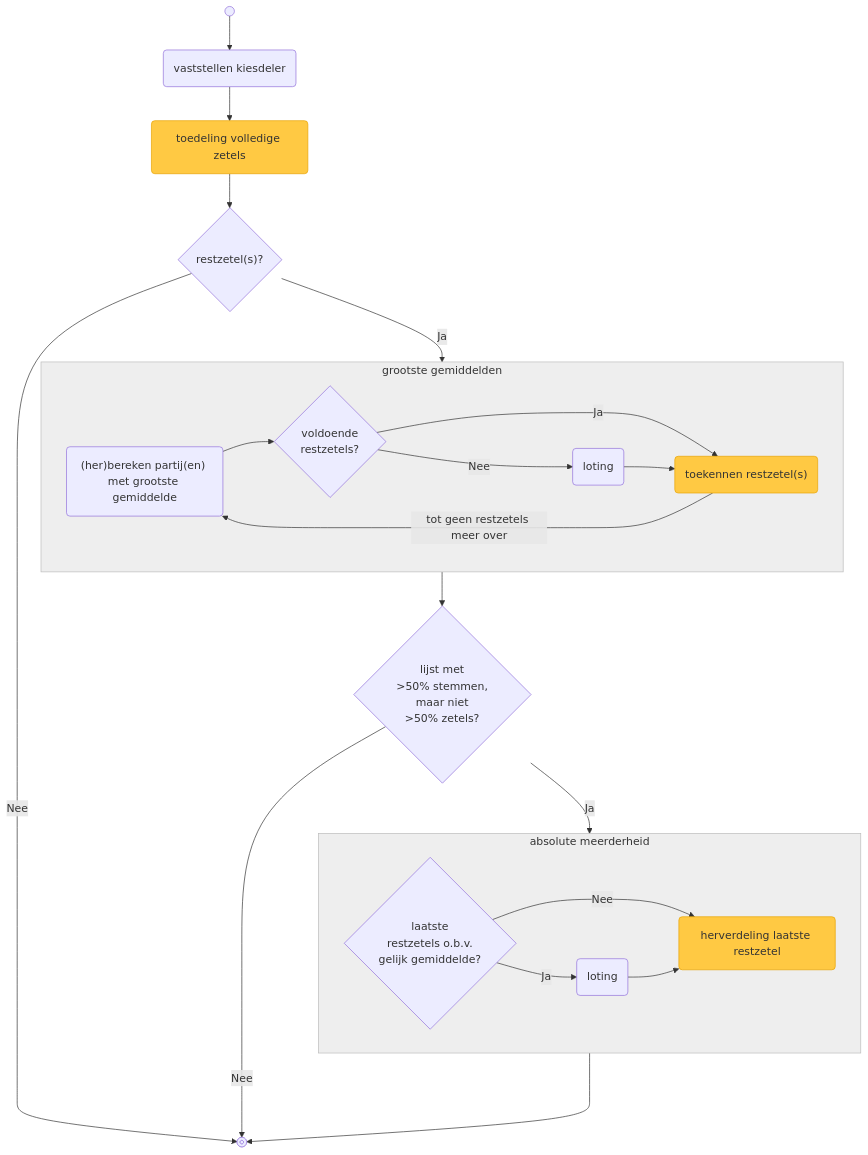
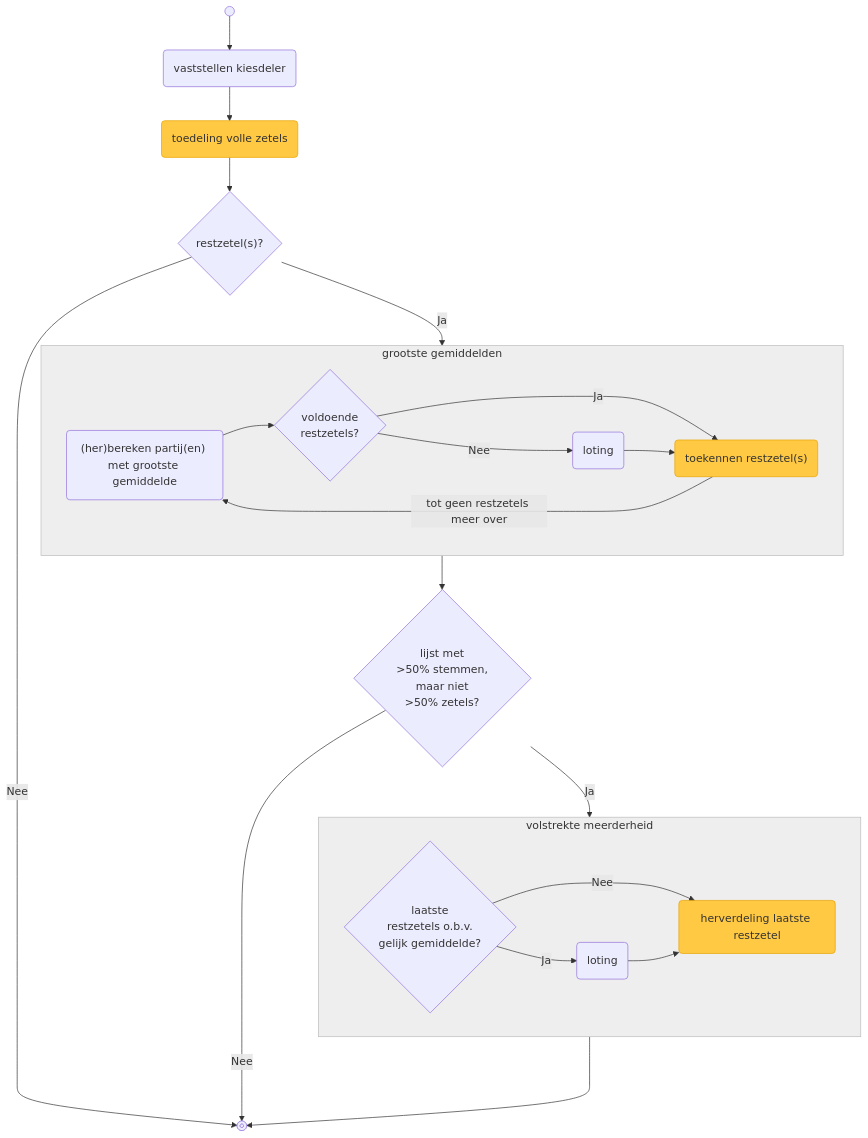
Before and after one commit to kiesraad/abacus-documentatie: the first of 2 diagrams in verkiezingsproces/zetelverdeling-GR-flowchart.md, drawn with Mermaid. The commit also changed other lines of this file, not shown here.

````diff
--- a/verkiezingsproces/zetelverdeling-GR-flowchart.md
+++ b/verkiezingsproces/zetelverdeling-GR-flowchart.md
@@ -10,60 +10,60 @@
 ```Mermaid
 flowchart
     %% styling
     classDef lijstuitputting fill:#ffc943,stroke:#e8a302
     classDef greyFill fill:#eee,stroke:#bbb;
 
     %% elements
     flow_start@{ shape: sm-circ, label: "start" }
     flow_end@{ shape: framed-circle, label: "end" }
 
     vaststellen_kiesdeler(vaststellen kiesdeler)
-    toedeling_volledige_zetels(toedeling volledige zetels)
-    class toedeling_volledige_zetels lijstuitputting
+    toedeling_volle_zetels(toedeling volle zetels)
+    class toedeling_volle_zetels lijstuitputting
 
     restzetels{"restzetel(s)?"}
 
     bereken_partijen_met_grootste_gemiddelde("(her)bereken partij(en) met grootste gemiddelde")
     voldoende_restzetels{voldoende<br/>restzetels?}
     loting_grootste_gemiddelden(loting)
     toekennen_restzetels("toekennen restzetel(s)")
     class toekennen_restzetels lijstuitputting
 
     meerderheid_aan_stemmen_maar_niet_zetels{lijst met<br/>>50% stemmen,<br/>maar niet<br/>>50% zetels?}
     laatste_restzetels_obv_gelijk_gemiddelde{laatste<br/>restzetels o.b.v.<br/>gelijk gemiddelde?}
-    loting_absolute_meerderheid(loting)
+    loting_volstrekte_meerderheid(loting)
     herverdeling_laatste_restzetel(herverdeling laatste restzetel)
     class herverdeling_laatste_restzetel lijstuitputting
 
     %% flow
     flow_start --> vaststellen_kiesdeler
-    vaststellen_kiesdeler --> toedeling_volledige_zetels
-    toedeling_volledige_zetels --> restzetels
+    vaststellen_kiesdeler --> toedeling_volle_zetels
+    toedeling_volle_zetels --> restzetels
 
     restzetels -->|Nee| flow_end
     restzetels -->|Ja| grootste_gemiddelden
 
     subgraph grootste_gemiddelden["grootste gemiddelden"]
         direction LR
         bereken_partijen_met_grootste_gemiddelde --> voldoende_restzetels
         voldoende_restzetels -->|Ja| toekennen_restzetels
         voldoende_restzetels -->|Nee| loting_grootste_gemiddelden
         loting_grootste_gemiddelden --> toekennen_restzetels
         toekennen_restzetels -->|tot geen restzetels meer over| bereken_partijen_met_grootste_gemiddelde
     end
     class grootste_gemiddelden greyFill;
 
     grootste_gemiddelden --> meerderheid_aan_stemmen_maar_niet_zetels
-    meerderheid_aan_stemmen_maar_niet_zetels -->|Ja| absolute_meerderheid
+    meerderheid_aan_stemmen_maar_niet_zetels -->|Ja| volstrekte_meerderheid
     meerderheid_aan_stemmen_maar_niet_zetels --->|Nee| flow_end
 
-    subgraph absolute_meerderheid["absolute meerderheid"]
+    subgraph volstrekte_meerderheid["volstrekte meerderheid"]
         direction LR
-        laatste_restzetels_obv_gelijk_gemiddelde -->|Ja| loting_absolute_meerderheid
+        laatste_restzetels_obv_gelijk_gemiddelde -->|Ja| loting_volstrekte_meerderheid
         laatste_restzetels_obv_gelijk_gemiddelde -->|Nee| herverdeling_laatste_restzetel
-        loting_absolute_meerderheid --> herverdeling_laatste_restzetel
+        loting_volstrekte_meerderheid --> herverdeling_laatste_restzetel
     end
-    class absolute_meerderheid greyFill;
+    class volstrekte_meerderheid greyFill;
 
-    absolute_meerderheid ---> flow_end
+    volstrekte_meerderheid ---> flow_end
 ```
````
